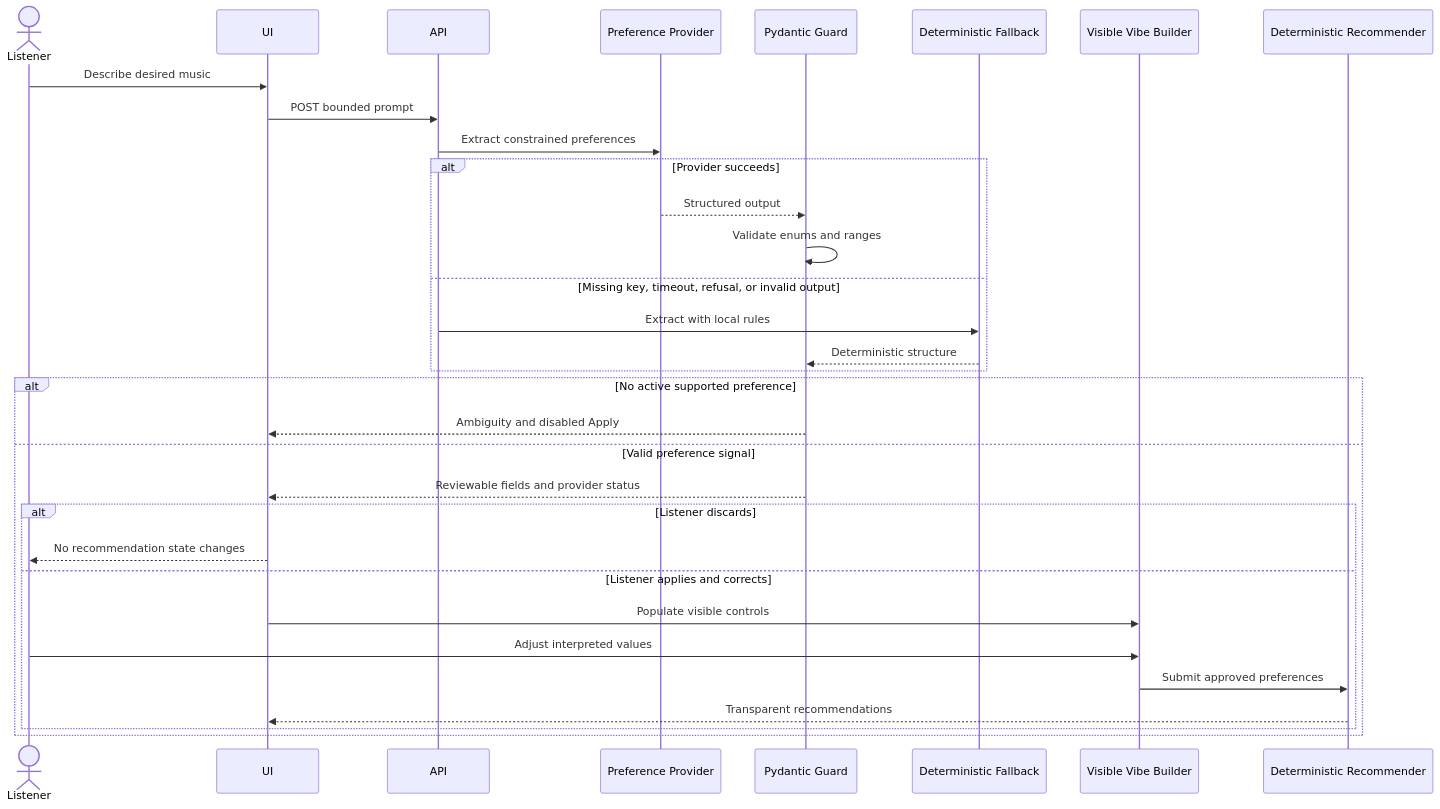
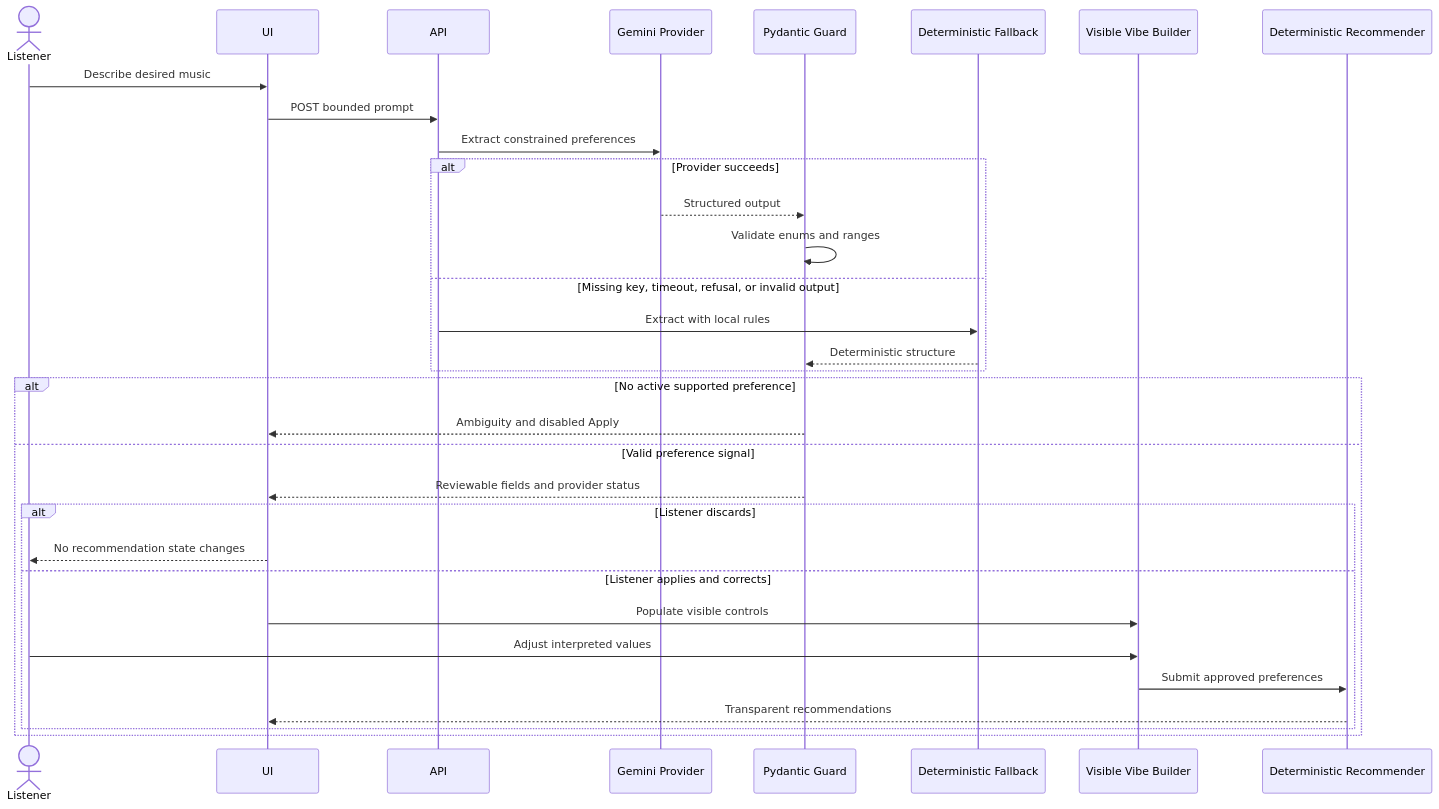
The diagram in diagrams/preference-interpretation-sequence.mmd (ttp0513/ai110-module5show-applied-ai-system-project), drawn with Mermaid before and after one commit. The commit also changed 11 other files, not shown here.

First line of the commit message:
feat: migrate AI preference extraction to Gemini

```diff
--- a/diagrams/preference-interpretation-sequence.mmd
+++ b/diagrams/preference-interpretation-sequence.mmd
@@ -1,33 +1,33 @@
 sequenceDiagram
     actor Listener
     participant UI
     participant API
-    participant Provider as Preference Provider
+    participant Provider as Gemini Provider
     participant Schema as Pydantic Guard
     participant Demo as Deterministic Fallback
     participant Builder as Visible Vibe Builder
     participant Ranker as Deterministic Recommender
 
     Listener->>UI: Describe desired music
     UI->>API: POST bounded prompt
     API->>Provider: Extract constrained preferences
     alt Provider succeeds
         Provider-->>Schema: Structured output
         Schema->>Schema: Validate enums and ranges
     else Missing key, timeout, refusal, or invalid output
         API->>Demo: Extract with local rules
         Demo-->>Schema: Deterministic structure
     end
     alt No active supported preference
         Schema-->>UI: Ambiguity and disabled Apply
     else Valid preference signal
         Schema-->>UI: Reviewable fields and provider status
         alt Listener discards
             UI-->>Listener: No recommendation state changes
         else Listener applies and corrects
             UI->>Builder: Populate visible controls
             Listener->>Builder: Adjust interpreted values
             Builder->>Ranker: Submit approved preferences
             Ranker-->>UI: Transparent recommendations
         end
     end
```
